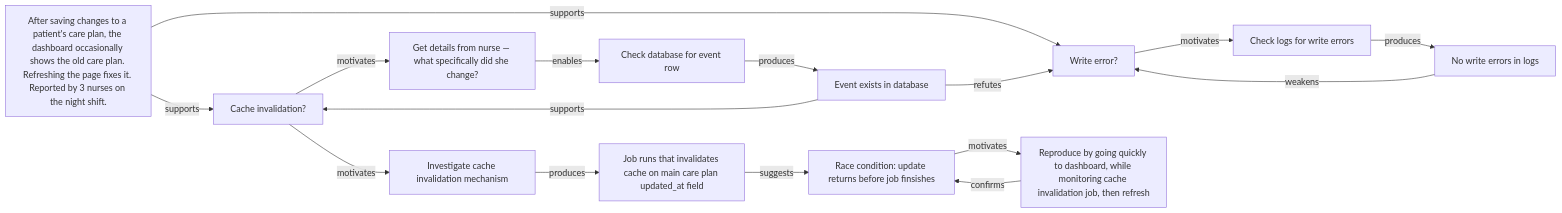
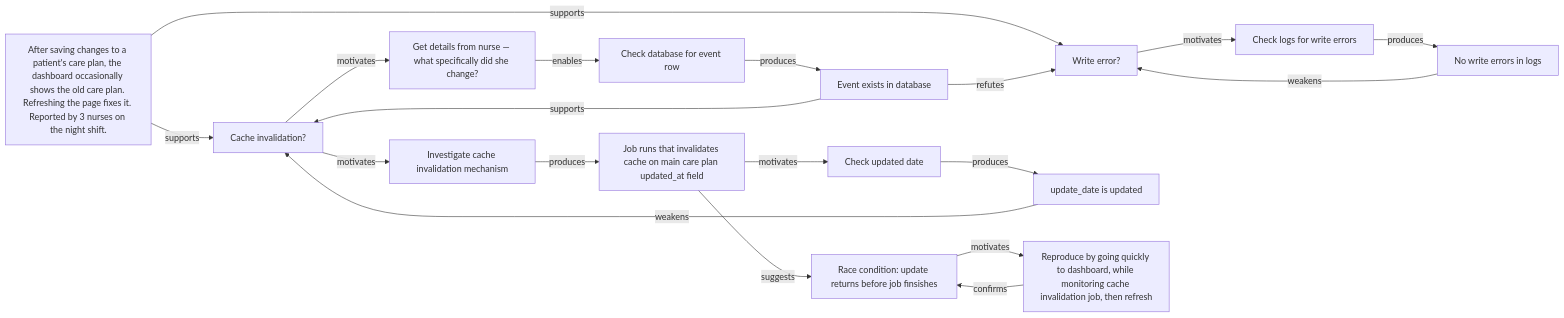
The diagram in diagrams/bug.mmd (kahunacohen/why), drawn with Mermaid before and after one commit.

```diff
--- a/diagrams/bug.mmd
+++ b/diagrams/bug.mmd
@@ -1,78 +1,85 @@
 flowchart LR
 %% Bug report:
 %% After saving changes to a patient's care plan, the dashboard occasionally
 %% shows the old care plan. Refreshing the page a few seconds later shows the
 %% updated care plan. Reported by 3 nurses on the night shift.
 
 %% Root cause:
 %% Saving the care plan triggers an asynchronous cache invalidation/update
 %% process. The save request returns before the invalidation completes, creating
 %% a race condition between the dashboard reading cached data and the cache being
 %% refreshed. If the dashboard reloads before invalidation finishes, it displays
 %% stale data. A later refresh succeeds because the cache has since been updated.
 
 %% =====================================================
 %% Initial complaint
 %% =====================================================
 
 B1["After saving changes to a patient's care plan, the dashboard occasionally shows the old care plan. Refreshing the page fixes it. Reported by 3 nurses on the night shift."]
 
 %% =====================================================
 %% Initial hypotheses
 %% =====================================================
 
 H1["Write error?"]
 H2["Cache invalidation?"]
 
 B1 -->|supports| H1
 B1 -->|supports| H2
 
 %% =====================================================
 %% Investigating H1 — write error
 %% =====================================================
 
 A1["Check logs for write errors"]
 H1 -->|motivates| A1
 
 O1["No write errors in logs"]
 A1 -->|produces| O1
 
 O1 -->|weakens| H1
 
 %% =====================================================
 %% Investigating H2 — cache invalidation
 %% =====================================================
 
 A2["Get details from nurse — what specifically did she change?"]
 H2 -->|motivates| A2
 
 A3["Check database for event row"]
 A2 -->|enables| A3
 
 O2["Event exists in database"]
 A3 -->|produces| O2
 
 %% =====================================================
 %% Evidence updates hypotheses
 %% =====================================================
 
 O2 -->|refutes| H1
 O2 -->|supports| H2
 
 %% =====================================================
 %% Investigating cache invalidation mechanism
 %% =====================================================
 
 A4["Investigate cache invalidation mechanism"]
 H2 -->|motivates| A4
 
 O3["Job runs that invalidates cache on main care plan updated_at field"]
 A4 -->|produces| O3
 
+A5["Check updated date"]
+O3 --> |motivates| A5
+
+O4["update_date is updated"]
+A5 --> |produces| O4
+O4 --> |weakens| H2
+
 H3["Race condition: update returns before job finsishes"]
 O3 --> |suggests| H3
 
-H3 --> |motivates| A5
+H3 --> |motivates| A6
 
-A5["Reproduce by going quickly to dashboard, while monitoring cache invalidation job, then refresh"]
-A5 --> |confirms| H3
+A6["Reproduce by going quickly to dashboard, while monitoring cache invalidation job, then refresh"]
+A6 --> |confirms| H3
```
